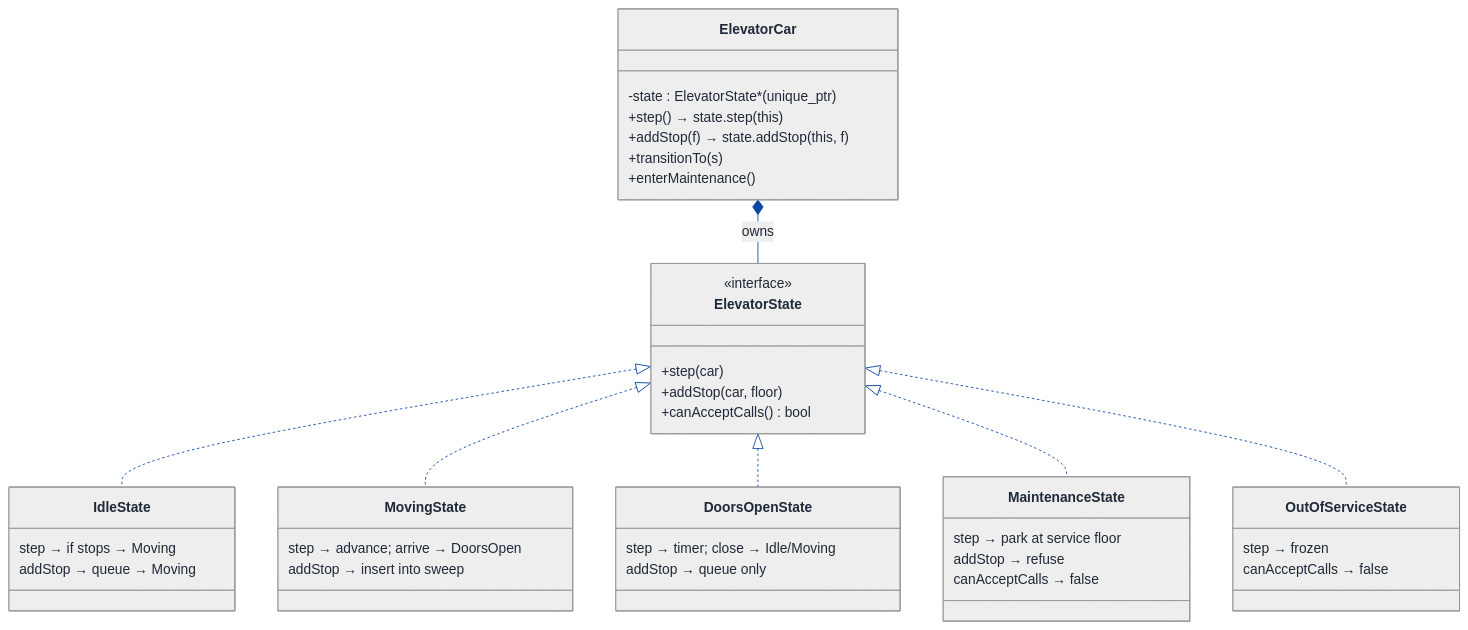
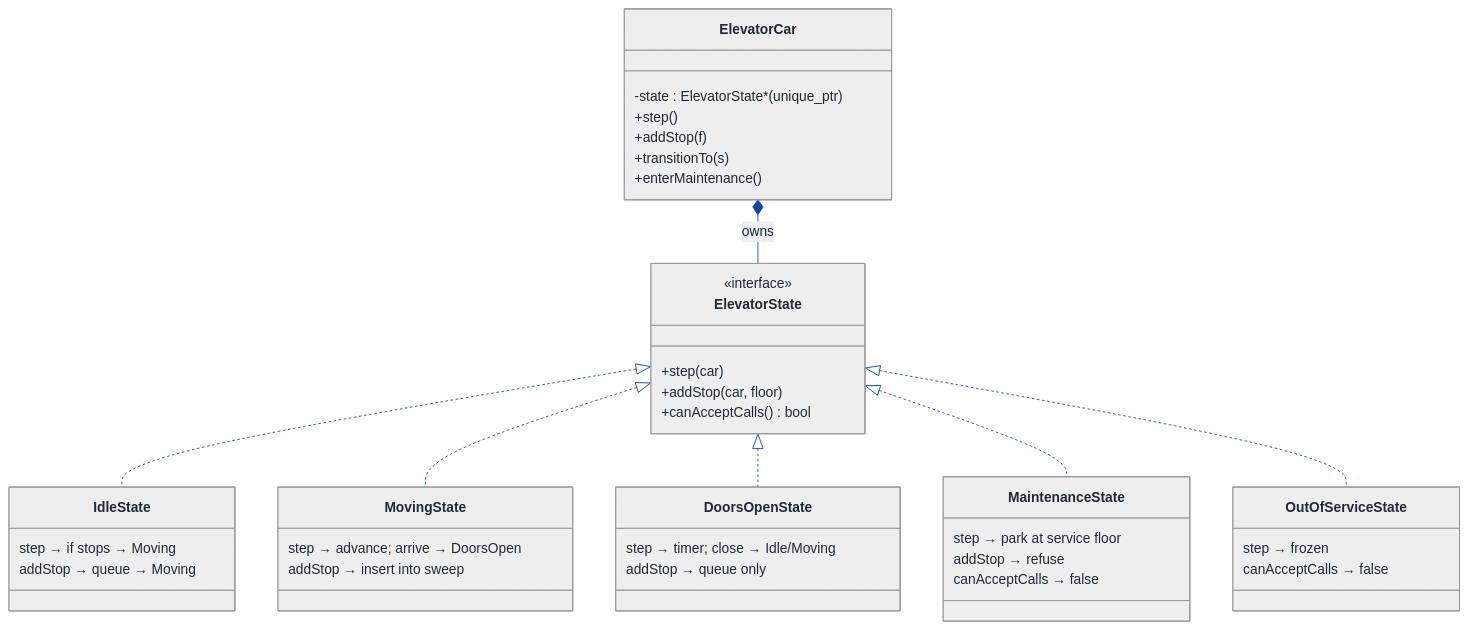
Before and after one commit to Prateek-5/question-bank: the third of 8 diagrams in LLD/Topics/Object_Oriented_Design/Elevator_System.md, drawn with Mermaid. The commit also changed other lines of this file and 61 other files, not shown here.

First line of the commit message:
Fix invalid mermaid classDiagram member syntax across LLD walkthroughs

````diff
--- a/LLD/Topics/Object_Oriented_Design/Elevator_System.md
+++ b/LLD/Topics/Object_Oriented_Design/Elevator_System.md
@@ -613,76 +613,76 @@
 ```mermaid
 ---
 config:
   theme: neutral
   themeVariables:
     background: '#ffffff'
     primaryColor: '#cfe2ff'
     primaryTextColor: '#1f2937'
     primaryBorderColor: '#084298'
     secondaryColor: '#fff3cd'
     secondaryTextColor: '#1f2937'
     secondaryBorderColor: '#664d03'
     tertiaryColor: '#d1e7dd'
     tertiaryTextColor: '#1f2937'
     tertiaryBorderColor: '#0a3622'
     lineColor: '#0d47a1'
     textColor: '#1f2937'
     noteBkgColor: '#fff3cd'
     noteTextColor: '#1f2937'
     noteBorderColor: '#997404'
     actorBkg: '#cfe2ff'
     actorBorder: '#084298'
     actorTextColor: '#1f2937'
     signalColor: '#0d47a1'
     signalTextColor: '#1f2937'
     labelBoxBkgColor: '#ffffff'
     labelBoxBorderColor: '#d3d3d3'
     labelTextColor: '#1f2937'
     edgeLabelBackground: '#ffffff'
     labelBackground: '#ffffff'
     classText: '#1f2937'
     fontFamily: 'system-ui, -apple-system, Segoe UI, Helvetica, Arial, sans-serif'
 ---
 classDiagram
   direction TB
   class ElevatorCar {
     -state : ElevatorState* (unique_ptr)
-    +step()     → state.step(this)
-    +addStop(f) → state.addStop(this, f)
+    +step()
+    +addStop(f)
     +transitionTo(s)
     +enterMaintenance()
   }
   class ElevatorState {
     <<interface>>
     +step(car)
     +addStop(car, floor)
     +canAcceptCalls() bool
   }
   class IdleState {
     step → if stops → Moving
     addStop → queue → Moving
   }
   class MovingState {
     step → advance; arrive → DoorsOpen
     addStop → insert into sweep
   }
   class DoorsOpenState {
     step → timer; close → Idle/Moving
     addStop → queue only
   }
   class MaintenanceState {
     step → park at service floor
     addStop → refuse
     canAcceptCalls → false
   }
   class OutOfServiceState {
     step → frozen
     canAcceptCalls → false
   }
   ElevatorCar *-- ElevatorState : owns
   ElevatorState <|.. IdleState
   ElevatorState <|.. MovingState
   ElevatorState <|.. DoorsOpenState
   ElevatorState <|.. MaintenanceState
   ElevatorState <|.. OutOfServiceState
 ```
````
